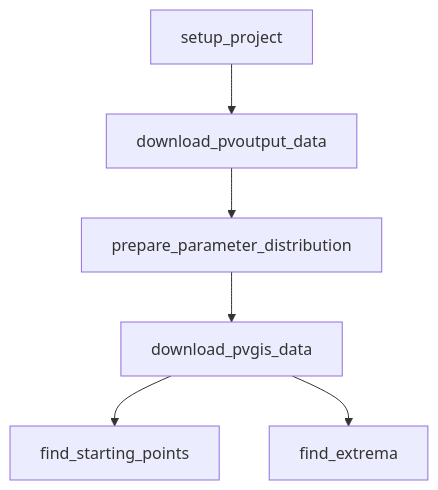
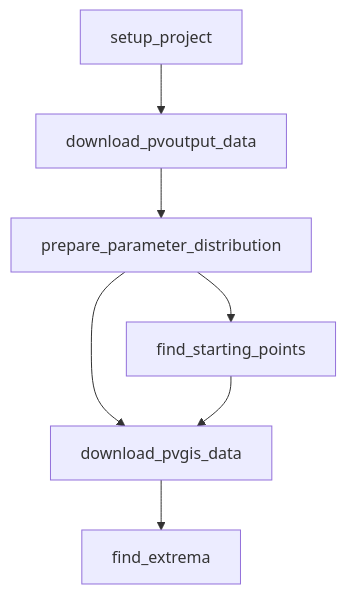
Before and after one commit to falknerdominik/paper_pv_surrogate_eurocast: the diagram in docs/index.md, drawn with Mermaid. The commit also changed 3 other files, not shown here.

Commit message:
Add outward points download

````diff
--- a/docs/index.md
+++ b/docs/index.md
@@ -9,8 +9,9 @@
 ```mermaid
 graph TB;
 setup_project --> download_pvoutput_data
 download_pvoutput_data --> prepare_parameter_distribution
 prepare_parameter_distribution --> download_pvgis_data
-download_pvgis_data --> find_starting_points
+prepare_parameter_distribution --> find_starting_points
+find_starting_points --> download_pvgis_data
 download_pvgis_data --> find_extrema
 ```
````
